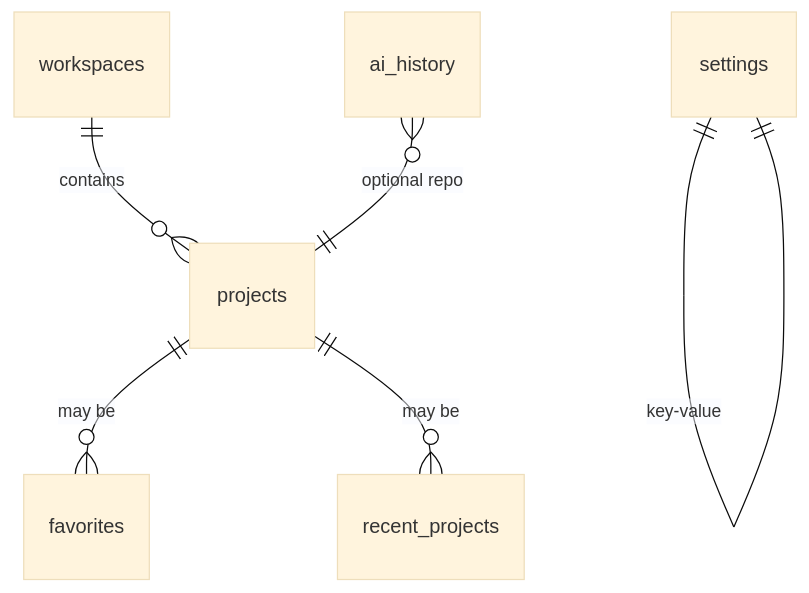
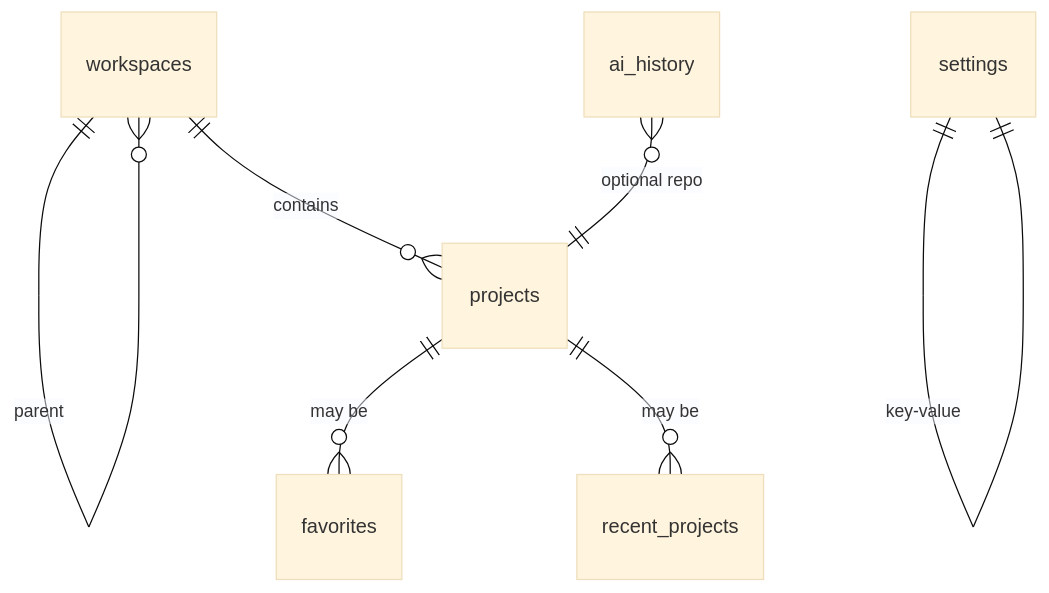
One commit to DonutGeek/jl-git changed the diagram in docs/architecture/database.md. Above: the diagram before and after it, drawn with Mermaid (base theme). The commit also changed other lines of this file and 34 other files, not shown here.

First line of the commit message:
feat(workspace): 支持分组嵌套、图标、颜色及排序

````diff
--- a/docs/architecture/database.md
+++ b/docs/architecture/database.md
@@ -20,8 +20,9 @@
 ```mermaid
 erDiagram
+  workspaces ||--o{ workspaces : parent
   workspaces ||--o{ projects : contains
   projects ||--o{ favorites : "may be"
   projects ||--o{ recent_projects : "may be"
   settings ||--|| settings : "key-value"
   ai_history }o--|| projects : "optional repo"
 ```
````
